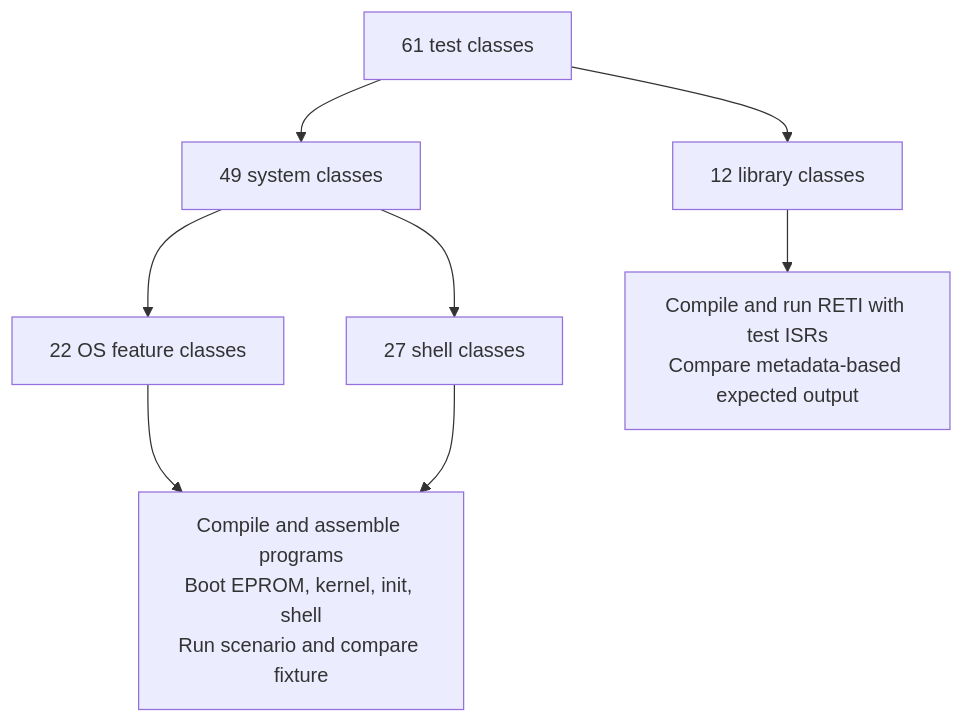
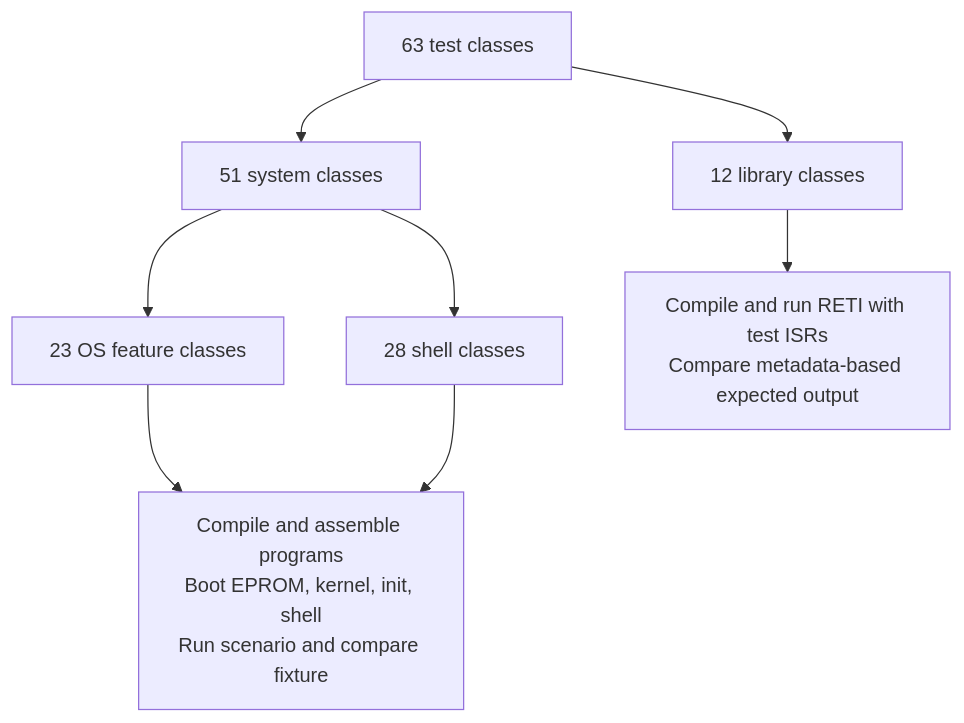
Diagram 29 of 30 in .source/Pico-OS-README.md (matthejue/Pico-OS_Presentation), drawn with Mermaid before and after one commit. The commit also changed other lines of this file and 2 other files, not shown here.

````diff
--- a/.source/Pico-OS-README.md
+++ b/.source/Pico-OS-README.md
@@ -4432,10 +4502,10 @@
 ```mermaid
 flowchart TD
-    T["61 test classes"] --> L["12 library classes"]
-    T --> S["49 system classes"]
-    S --> O["22 OS feature classes"]
-    S --> H["27 shell classes"]
+    T["63 test classes"] --> L["12 library classes"]
+    T --> S["51 system classes"]
+    S --> O["23 OS feature classes"]
+    S --> H["28 shell classes"]
     L --> LC["Compile and run RETI with test ISRs<br/>Compare metadata-based expected output"]
     O --> K["Compile and assemble programs<br/>Boot EPROM, kernel, init, shell<br/>Run scenario and compare fixture"]
     H --> K
 ```
````
